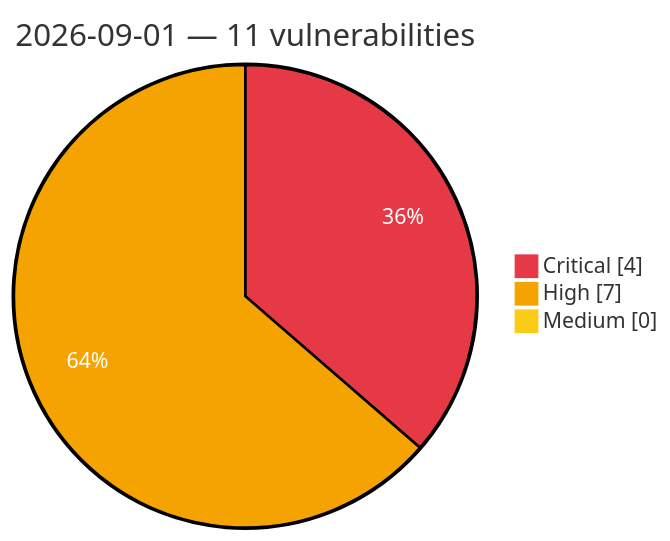
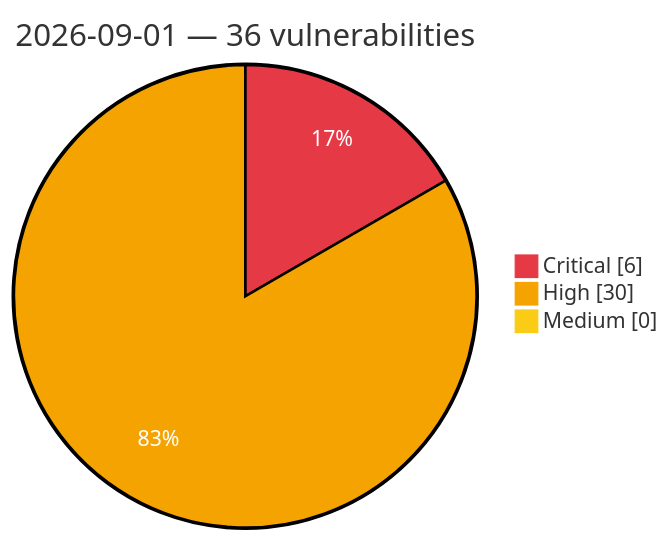
One commit to GhostX0X/vuln-tracker changed the diagram in vulnerabilities/2026/September/2026-09-01.md. Above: the diagram before and after it, drawn with Mermaid. The commit also changed other lines of this file and 5 other files, not shown here.

Commit message:
Auto update: critical/high vulns (2026-09-01 16:39 UTC)

````diff
--- a/vulnerabilities/2026/September/2026-09-01.md
+++ b/vulnerabilities/2026/September/2026-09-01.md
@@ -3,8 +3,8 @@
 ```mermaid
 %%{init: {'theme':'base', 'themeVariables': {'pie1':'#e63946', 'pie2':'#f4a300', 'pie3':'#facc15', 'pieOpacity':'1', 'pieOuterStrokeWidth':'2px', 'pieSectionTextColor':'#ffffff'}}}%%
 pie showData
-    title 2026-09-01 — 11 vulnerabilities
-    "Critical" : 4
-    "High" : 7
+    title 2026-09-01 — 36 vulnerabilities
+    "Critical" : 6
+    "High" : 30
     "Medium" : 0
 ```
````
